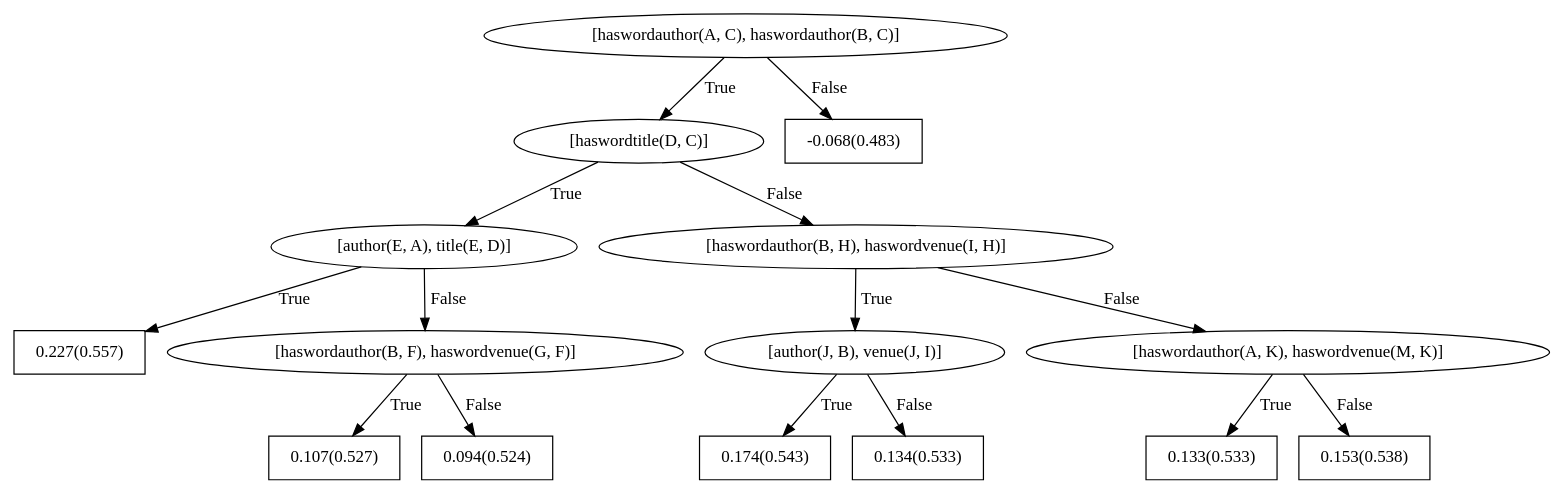
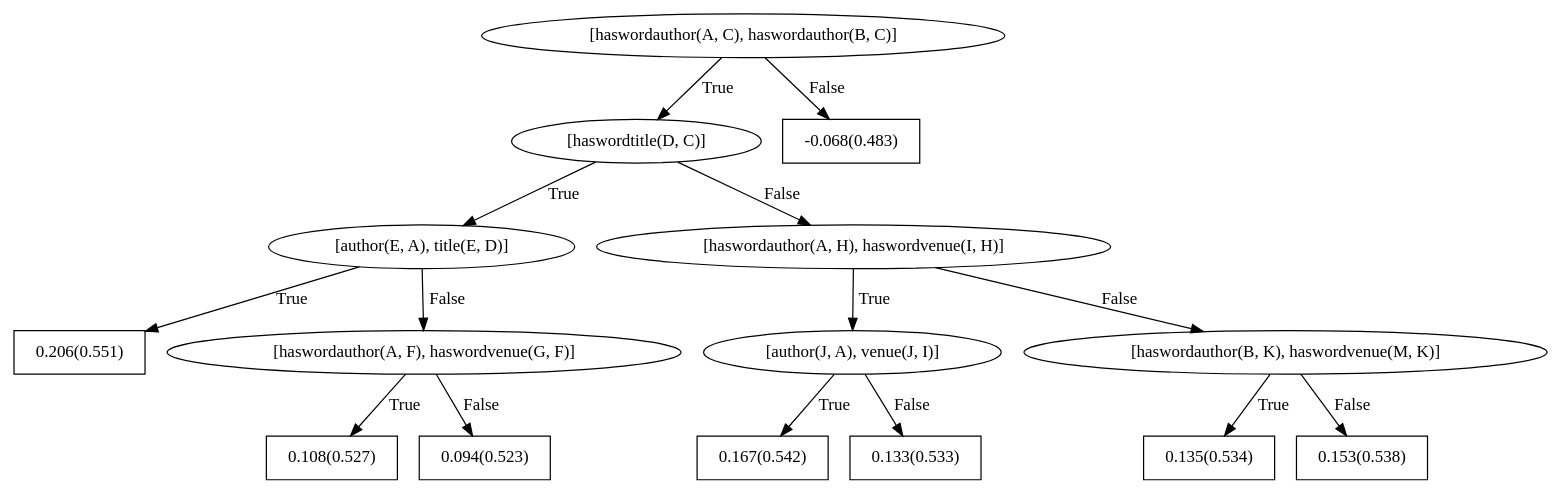
The diagram in datasets/Cora/train/models/bRDNs/dotFiles/WILLTreeFor_sameauthor8.dot (hayesall/Walk-ER), drawn with Graphviz before and after one commit. The commit also changed 71 other files, not shown here.

Commit message:
mode_comparator worked for Cora, I do not think WebKB is significant since the graph is so small.

```diff
--- a/datasets/Cora/train/models/bRDNs/dotFiles/WILLTreeFor_sameauthor8.dot
+++ b/datasets/Cora/train/models/bRDNs/dotFiles/WILLTreeFor_sameauthor8.dot
@@ -1,31 +1,31 @@
 digraph G{ 
 1[label = "[haswordauthor(A, C), haswordauthor(B, C)]"];
 1 -> 2[label="True"];
 1 -> 3[label="False"];
 2[label = "[haswordtitle(D, C)]"];
 2 -> 4[label="True"];
 2 -> 5[label="False"];
 4[label = "[author(E, A), title(E, D)]"];
 4 -> 6[label="True"];
 4 -> 7[label="False"];
-6[shape = box,label = "0.227(0.557)"];
-7[label = "[haswordauthor(B, F), haswordvenue(G, F)]"];
+6[shape = box,label = "0.206(0.551)"];
+7[label = "[haswordauthor(A, F), haswordvenue(G, F)]"];
 7 -> 8[label="True"];
 7 -> 9[label="False"];
-8[shape = box,label = "0.107(0.527)"];
-9[shape = box,label = "0.094(0.524)"];
-5[label = "[haswordauthor(B, H), haswordvenue(I, H)]"];
+8[shape = box,label = "0.108(0.527)"];
+9[shape = box,label = "0.094(0.523)"];
+5[label = "[haswordauthor(A, H), haswordvenue(I, H)]"];
 5 -> 10[label="True"];
 5 -> 11[label="False"];
-10[label = "[author(J, B), venue(J, I)]"];
+10[label = "[author(J, A), venue(J, I)]"];
 10 -> 12[label="True"];
 10 -> 13[label="False"];
-12[shape = box,label = "0.174(0.543)"];
-13[shape = box,label = "0.134(0.533)"];
-11[label = "[haswordauthor(A, K), haswordvenue(M, K)]"];
+12[shape = box,label = "0.167(0.542)"];
+13[shape = box,label = "0.133(0.533)"];
+11[label = "[haswordauthor(B, K), haswordvenue(M, K)]"];
 11 -> 14[label="True"];
 11 -> 15[label="False"];
-14[shape = box,label = "0.133(0.533)"];
+14[shape = box,label = "0.135(0.534)"];
 15[shape = box,label = "0.153(0.538)"];
 3[shape = box,label = "-0.068(0.483)"];
 }
```
